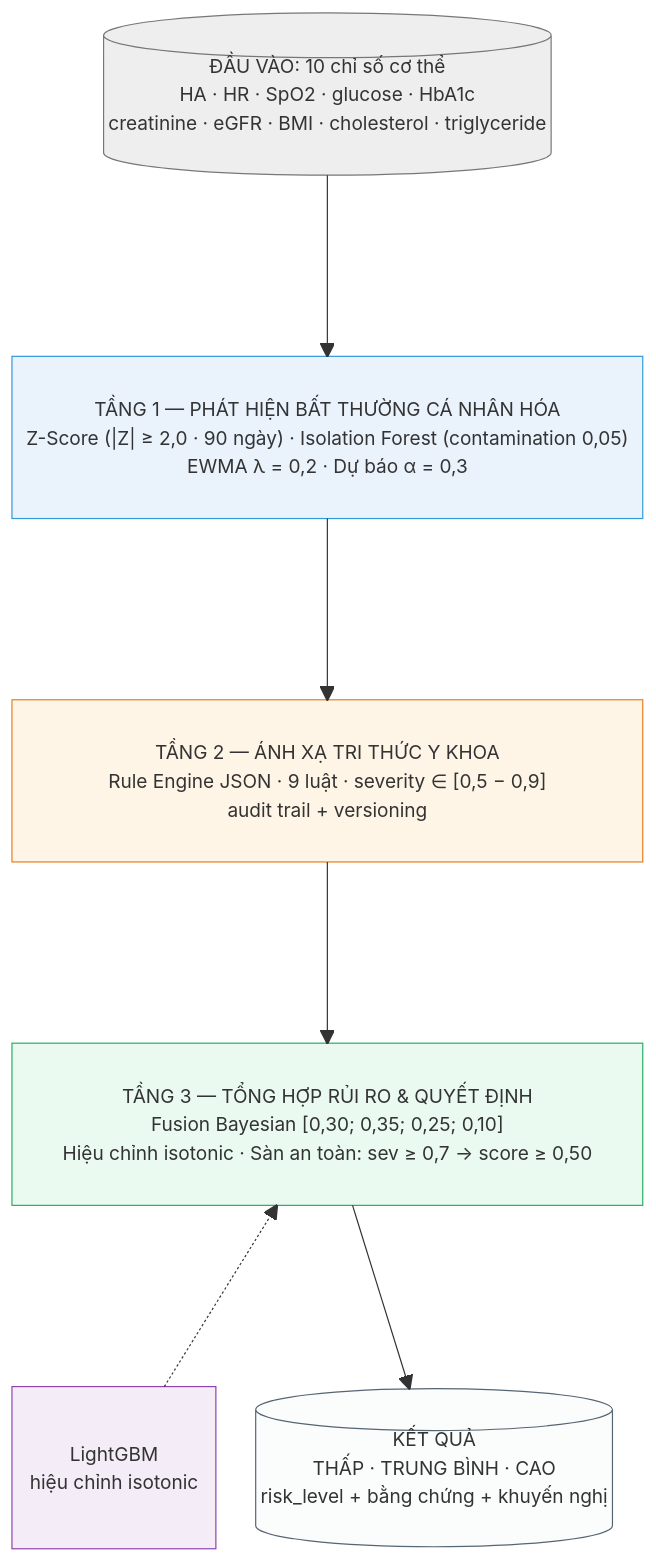
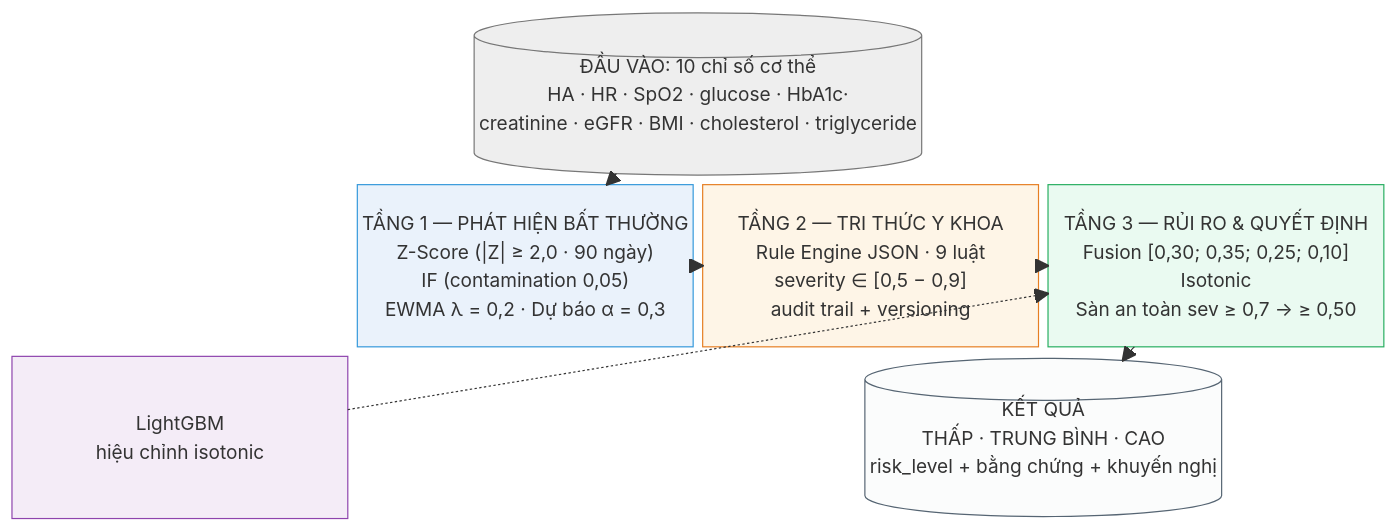
The diagram in docs/figures/fig7_architecture_3d.mmd (dotlinux26/health-risk-early-warning), drawn with Mermaid before and after one commit. The commit also changed 2 other files, not shown here.

Commit message:
fig7: gom tầng nằm ngang, giảm chiều cao ảnh

```diff
--- a/docs/figures/fig7_architecture_3d.mmd
+++ b/docs/figures/fig7_architecture_3d.mmd
@@ -1,23 +1,21 @@
 block-beta
-  columns 3
-  IN[("ĐẦU VÀO: 10 chỉ số cơ thể\nHA · HR · SpO2 · glucose · HbA1c\ncreatinine · eGFR · BMI · cholesterol · triglyceride")]:3
-  space:3
-  T1["TẦNG 1 — PHÁT HIỆN BẤT THƯỜNG CÁ NHÂN HÓA\nZ-Score (|Z| ≥ 2,0 · 90 ngày) · Isolation Forest (contamination 0,05)\nEWMA λ = 0,2 · Dự báo α = 0,3"]:3
-  space:3
-  T2["TẦNG 2 — ÁNH XẠ TRI THỨC Y KHOA\nRule Engine JSON · 9 luật · severity ∈ [0,5 − 0,9]\naudit trail + versioning"]:3
-  space:3
-  T3["TẦNG 3 — TỔNG HỢP RỦI RO & QUYẾT ĐỊNH\nFusion Bayesian [0,30; 0,35; 0,25; 0,10]\nHiệu chỉnh isotonic · Sàn an toàn: sev ≥ 0,7 → score ≥ 0,50"]:3
-  space:3
+  columns 4
+  IN[("ĐẦU VÀO: 10 chỉ số cơ thể\nHA · HR · SpO2 · glucose · HbA1c·\ncreatinine · eGFR · BMI · cholesterol · triglyceride")]:4
+  space:1
+  T1["TẦNG 1 — PHÁT HIỆN BẤT THƯỜNG\nZ-Score (|Z| ≥ 2,0 · 90 ngày)\nIF (contamination 0,05)\nEWMA λ = 0,2 · Dự báo α = 0,3"]:1
+  T2["TẦNG 2 — TRI THỨC Y KHOA\nRule Engine JSON · 9 luật\nseverity ∈ [0,5 − 0,9]\naudit trail + versioning"]:1
+  T3["TẦNG 3 — RỦI RO & QUYẾT ĐỊNH\nFusion [0,30; 0,35; 0,25; 0,10]\nIsotonic\nSàn an toàn sev ≥ 0,7 → ≥ 0,50"]:1
   ML["LightGBM\nhiệu chỉnh isotonic"]:1
+  space:1
   OUT[("KẾT QUẢ\nTHẤP · TRUNG BÌNH · CAO\nrisk_level + bằng chứng + khuyến nghị")]:2
   IN --> T1
   T1 --> T2
   T2 --> T3
   ML -.-> T3
   T3 --> OUT
   style IN fill:#eee,stroke:#777,color:#222
   style T1 fill:#eaf2fb,stroke:#3498db,color:#222
   style T2 fill:#fef5e7,stroke:#e67e22,color:#222
   style T3 fill:#eafaf1,stroke:#27ae60,color:#222
   style ML fill:#f4ecf7,stroke:#8e44ad,color:#222
   style OUT fill:#fbfcfc,stroke:#566573,color:#222
```
